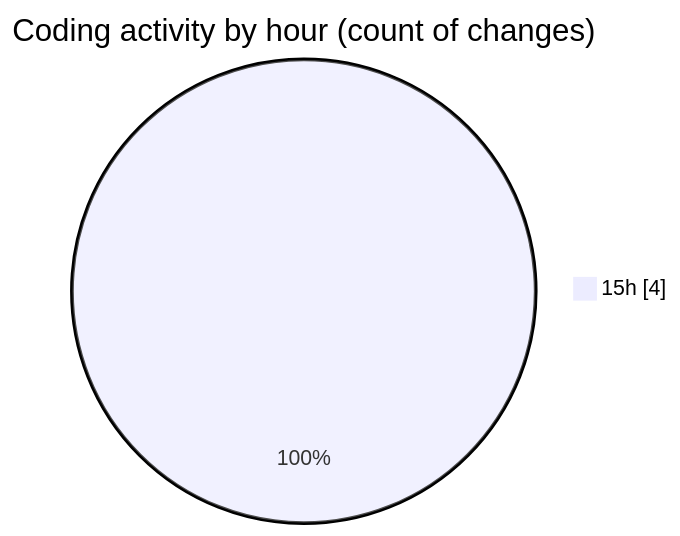
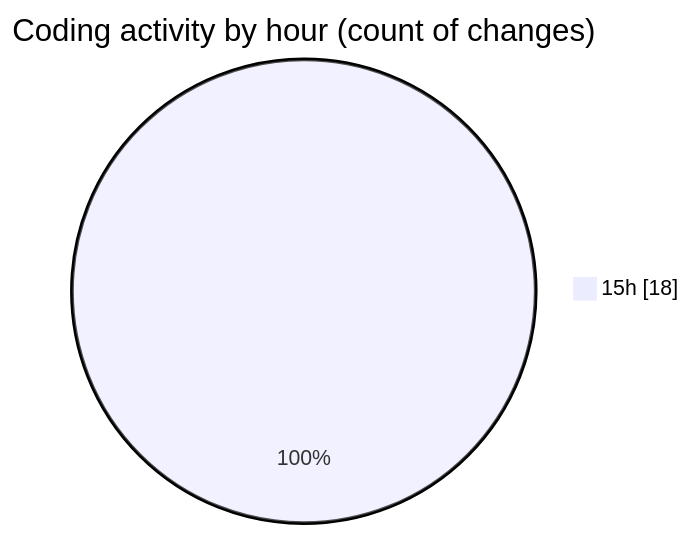
The second of 2 diagrams in 2025-11-05/eventscop-frontend-guide__workspace_/README.md (julien-gomy/code-tracking), drawn with Mermaid before and after one commit. The commit also changed other lines of this file and 1 other file, not shown here.

````diff
--- a/2025-11-05/eventscop-frontend-guide__workspace_/README.md
+++ b/2025-11-05/eventscop-frontend-guide__workspace_/README.md
@@ -32,5 +37,5 @@
 ```mermaid
 pie showData
 title Coding activity by hour (count of changes)
-"15h" : 4
+"15h" : 18
 ```
````
